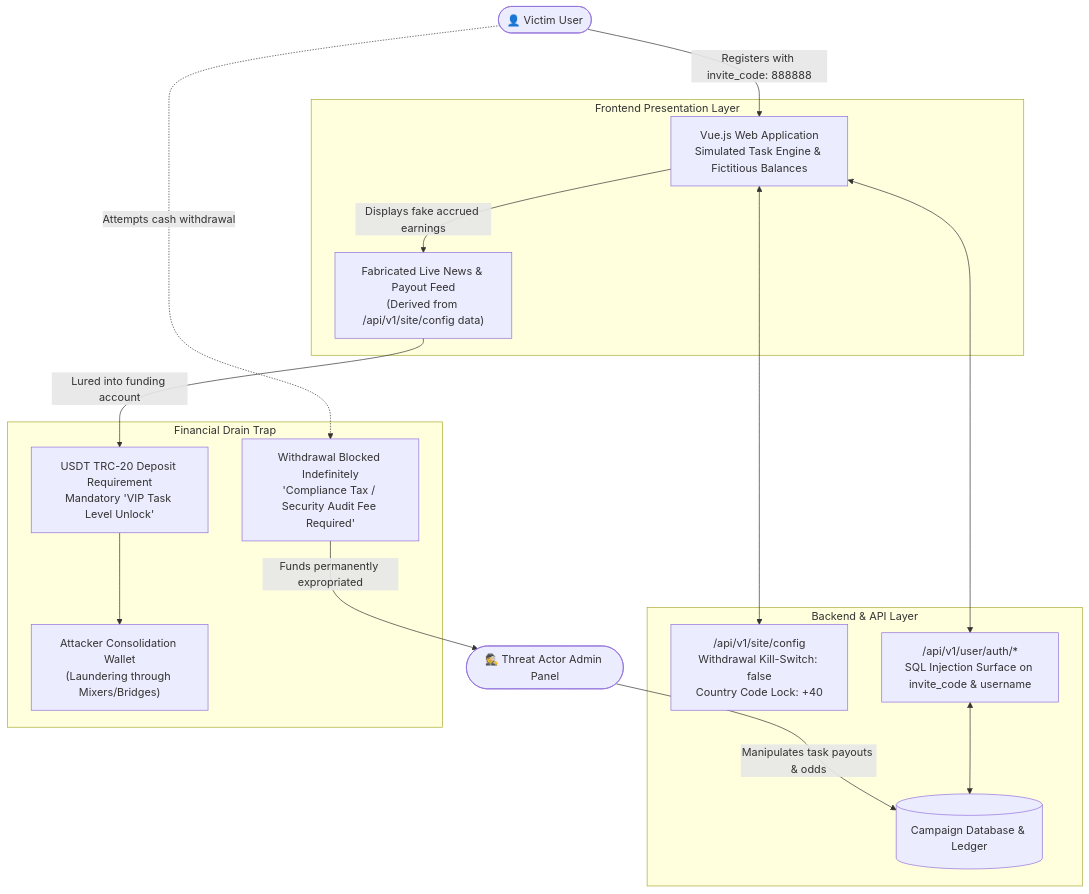
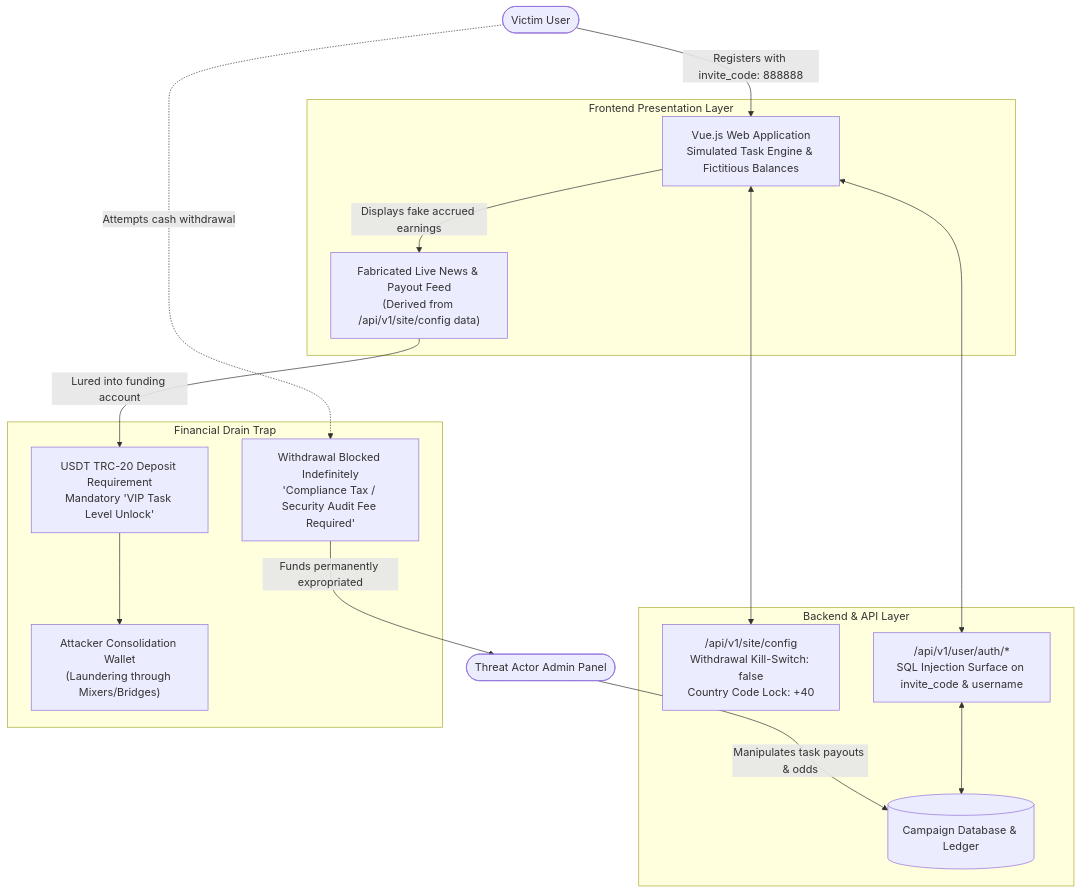
The diagram in cyber/task-scam-infrastructure-analysis/case_study.md (stefanutc1/datacenter), drawn with Mermaid before and after one commit. The commit also changed other lines of this file and 19 other files, not shown here.

````diff
--- a/cyber/task-scam-infrastructure-analysis/case_study.md
+++ b/cyber/task-scam-infrastructure-analysis/case_study.md
@@ -23,41 +23,41 @@
 ```mermaid
 flowchart TD
-    Victim(["👤 Victim User"])
-    Admin(["🕵️ Threat Actor Admin Panel"])
+ Victim([" Victim User"])
+ Admin([" Threat Actor Admin Panel"])
 
-    subgraph FRONTEND["Frontend Presentation Layer"]
-        UI["Vue.js Web Application
+ subgraph FRONTEND["Frontend Presentation Layer"]
+ UI["Vue.js Web Application
 Simulated Task Engine & Fictitious Balances"]
-        FEED["Fabricated Live News & Payout Feed
+ FEED["Fabricated Live News & Payout Feed
 (Derived from /api/v1/site/config data)"]
-    end
+ end
 
-    subgraph BACKEND["Backend & API Layer"]
-        API_CONFIG["/api/v1/site/config
+ subgraph BACKEND["Backend & API Layer"]
+ API_CONFIG["/api/v1/site/config
 Withdrawal Kill-Switch: false
 Country Code Lock: +40"]
-        API_AUTH["/api/v1/user/auth/*
+ API_AUTH["/api/v1/user/auth/*
 SQL Injection Surface on invite_code & username"]
-        DB[(Campaign Database & Ledger)]
-    end
+ DB[(Campaign Database & Ledger)]
+ end
 
-    subgraph TRAP["Financial Drain Trap"]
-        DEPOSIT["USDT TRC-20 Deposit Requirement
+ subgraph TRAP["Financial Drain Trap"]
+ DEPOSIT["USDT TRC-20 Deposit Requirement
 Mandatory 'VIP Task Level Unlock'"]
-        WALLET["Attacker Consolidation Wallet
+ WALLET["Attacker Consolidation Wallet
 (Laundering through Mixers/Bridges)"]
-        BLOCK["Withdrawal Blocked Indefinitely
+ BLOCK["Withdrawal Blocked Indefinitely
 'Compliance Tax / Security Audit Fee Required'"]
-    end
+ end
 
-    Victim -->|Registers with invite_code: 888888| UI
-    UI <--> API_CONFIG
-    UI <--> API_AUTH
-    API_AUTH <--> DB
-    Admin -->|Manipulates task payouts & odds| DB
-    UI -->|Displays fake accrued earnings| FEED
-    FEED -->|Lured into funding account| DEPOSIT
-    DEPOSIT --> WALLET
-    Victim -.->|Attempts cash withdrawal| BLOCK
-    BLOCK -->|Funds permanently expropriated| Admin
+ Victim -->|Registers with invite_code: 888888| UI
+ UI <--> API_CONFIG
+ UI <--> API_AUTH
+ API_AUTH <--> DB
+ Admin -->|Manipulates task payouts & odds| DB
+ UI -->|Displays fake accrued earnings| FEED
+ FEED -->|Lured into funding account| DEPOSIT
+ DEPOSIT --> WALLET
+ Victim -.->|Attempts cash withdrawal| BLOCK
+ BLOCK -->|Funds permanently expropriated| Admin
 ```
````
